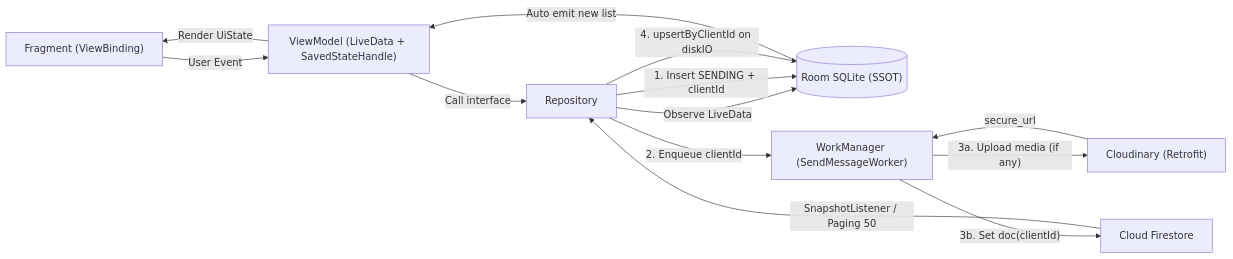
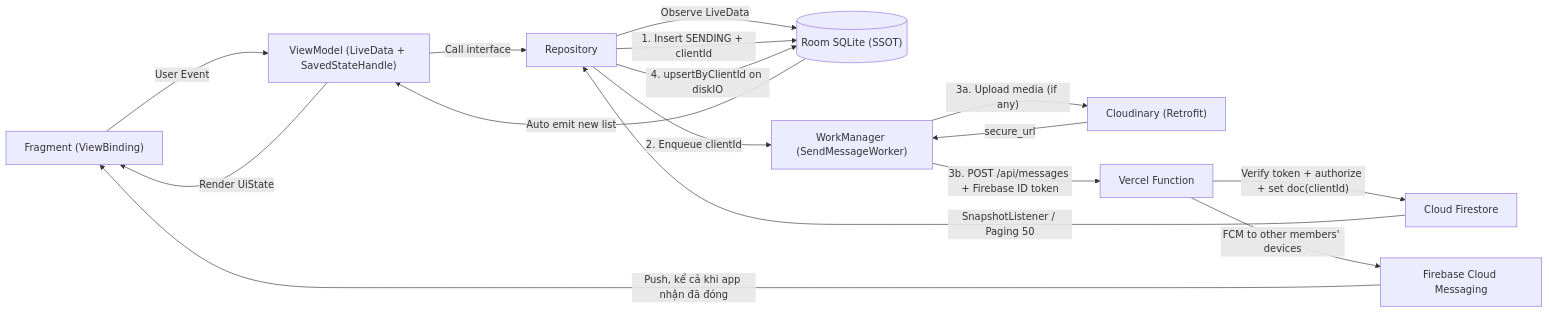
The diagram in docs/SPEC.md (lwd7071/AndroidFinalProject), drawn with Mermaid before and after one commit. The commit also changed other lines of this file, not shown here.

Commit message:
docs(spec): update architecture and project scope

````diff
--- a/docs/SPEC.md
+++ b/docs/SPEC.md
@@ -153,17 +160,20 @@
 ```mermaid
 flowchart LR
     UI["Fragment (ViewBinding)"] -->|"User Event"| VM["ViewModel (LiveData + SavedStateHandle)"]
     VM -->|"Call interface"| Repo["Repository"]
     Repo -->|"Observe LiveData"| Room[("Room SQLite (SSOT)")]
     Room -->|"Auto emit new list"| VM
     VM -->|"Render UiState"| UI
 
     Repo -->|"1. Insert SENDING + clientId"| Room
     Repo -->|"2. Enqueue clientId"| WM["WorkManager (SendMessageWorker)"]
     WM -->|"3a. Upload media (if any)"| Cloud["Cloudinary (Retrofit)"]
     Cloud -->|"secure_url"| WM
-    WM -->|"3b. Set doc(clientId)"| FS["Cloud Firestore"]
+    WM -->|"3b. POST /api/messages + Firebase ID token"| API["Vercel Function"]
+    API -->|"Verify token + authorize + set doc(clientId)"| FS["Cloud Firestore"]
+    API -->|"FCM to other members' devices"| FCM["Firebase Cloud Messaging"]
+    FCM -->|"Push, kể cả khi app nhận đã đóng"| UI
 
     FS -->|"SnapshotListener / Paging 50"| Repo
     Repo -->|"4. upsertByClientId on diskIO"| Room
 ```
````
